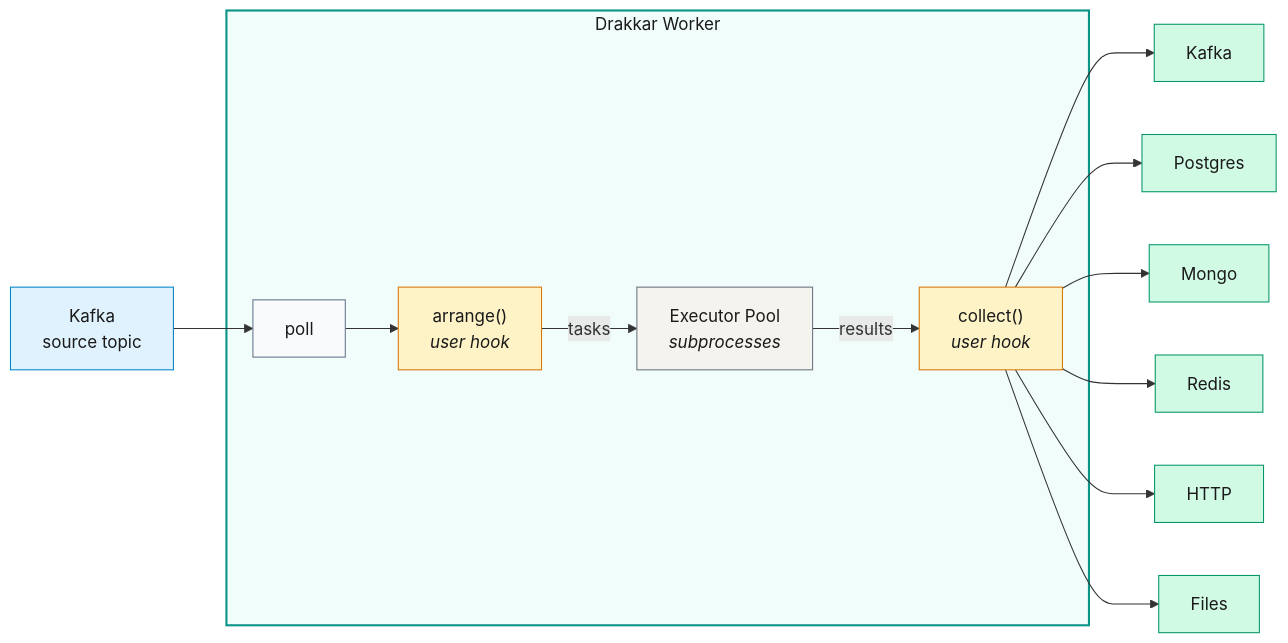
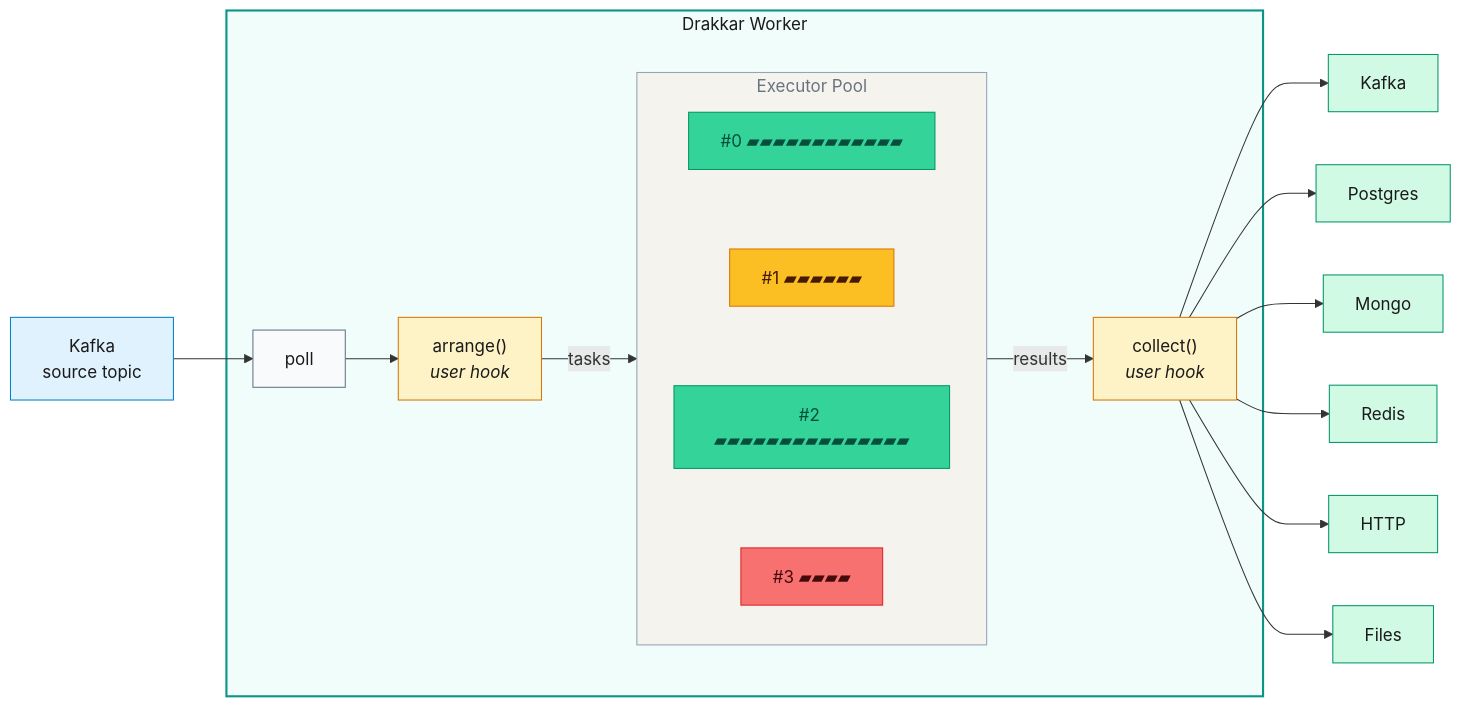
One commit to wlame/drakkar changed the first of 2 diagrams in docs/index.md. Above: the diagram before and after it, drawn with Mermaid. The commit also changed other lines of this file, not shown here.

Commit message:
Executors representation on the Architecture scheme.

````diff
--- a/docs/index.md
+++ b/docs/index.md
@@ -10,30 +10,42 @@
 ```mermaid
 flowchart LR
     K["Kafka\nsource topic"] --> P["poll"]
 
     subgraph worker ["Drakkar Worker"]
         P --> A["arrange()\n<i>user hook</i>"]
-        A -- "tasks" --> E["Executor Pool\n<i>subprocesses</i>"]
-        E -- "results" --> C["collect()\n<i>user hook</i>"]
+        subgraph pool ["Executor Pool"]
+            direction TB
+            S0["#0 ▰▰▰▰▰▰▰▰▰▰▰▰"]
+            S1["#1 ▰▰▰▰▰▰"]
+            S2["#2 ▰▰▰▰▰▰▰▰▰▰▰▰▰▰▰"]
+            S3["#3 ▰▰▰▰"]
+            S0 ~~~ S1 ~~~ S2 ~~~ S3
+        end
+        A -- "tasks" --> pool
+        pool -- "results" --> C["collect()\n<i>user hook</i>"]
     end
 
     C --> SK["Kafka"]
     C --> SP["Postgres"]
     C --> SM["Mongo"]
     C --> SR["Redis"]
     C --> SH["HTTP"]
     C --> SF["Files"]
 
     style worker fill:#f0fdfa,stroke:#0d9488,stroke-width:2px,color:#1a1a1a
+    style pool fill:#f5f3ee,stroke:#94a3b8,stroke-width:1px,color:#6b7280
     style P fill:#f8fafc,stroke:#64748b,color:#1a1a1a
     style K fill:#e0f2fe,stroke:#0284c7,color:#1a1a1a
     style A fill:#fef3c7,stroke:#d97706,color:#1a1a1a
     style C fill:#fef3c7,stroke:#d97706,color:#1a1a1a
-    style E fill:#f5f3ee,stroke:#6b7280,color:#1a1a1a
+    style S0 fill:#34d399,stroke:#059669,color:#064e3b
+    style S1 fill:#fbbf24,stroke:#d97706,color:#451a03
+    style S2 fill:#34d399,stroke:#059669,color:#064e3b
+    style S3 fill:#f87171,stroke:#dc2626,color:#450a0a
     style SK fill:#d1fae5,stroke:#059669,color:#1a1a1a
     style SP fill:#d1fae5,stroke:#059669,color:#1a1a1a
     style SM fill:#d1fae5,stroke:#059669,color:#1a1a1a
     style SR fill:#d1fae5,stroke:#059669,color:#1a1a1a
     style SH fill:#d1fae5,stroke:#059669,color:#1a1a1a
     style SF fill:#d1fae5,stroke:#059669,color:#1a1a1a
 ```
````
